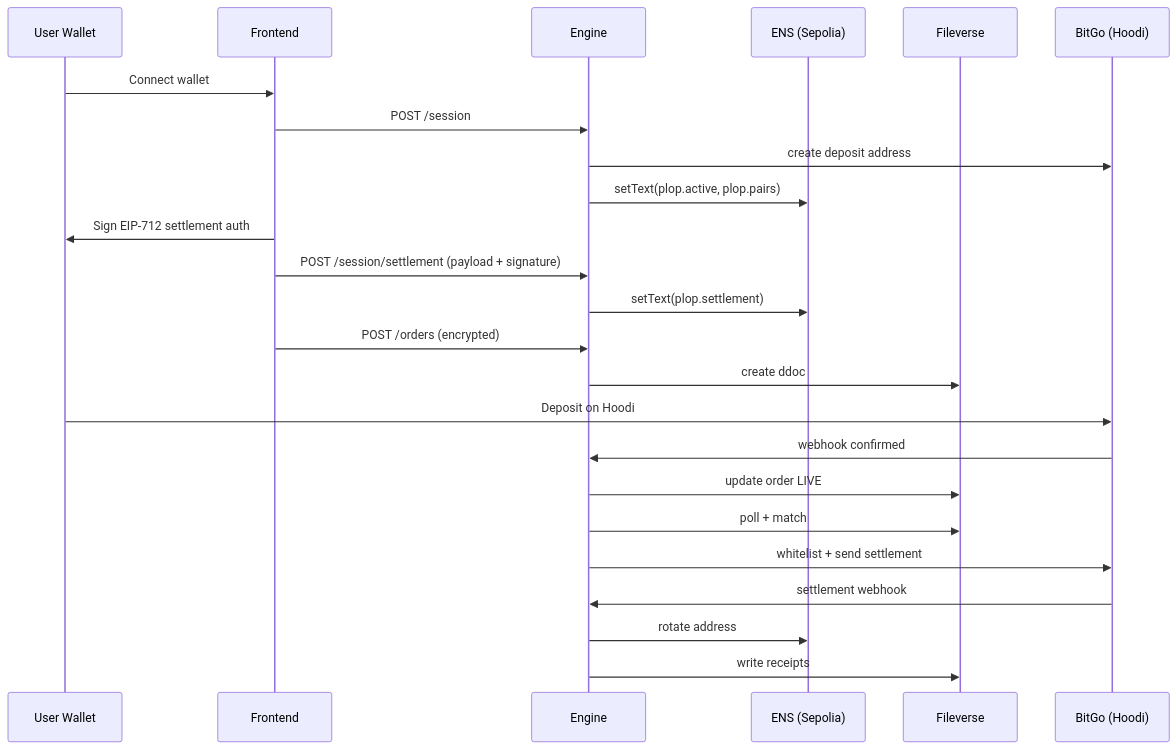
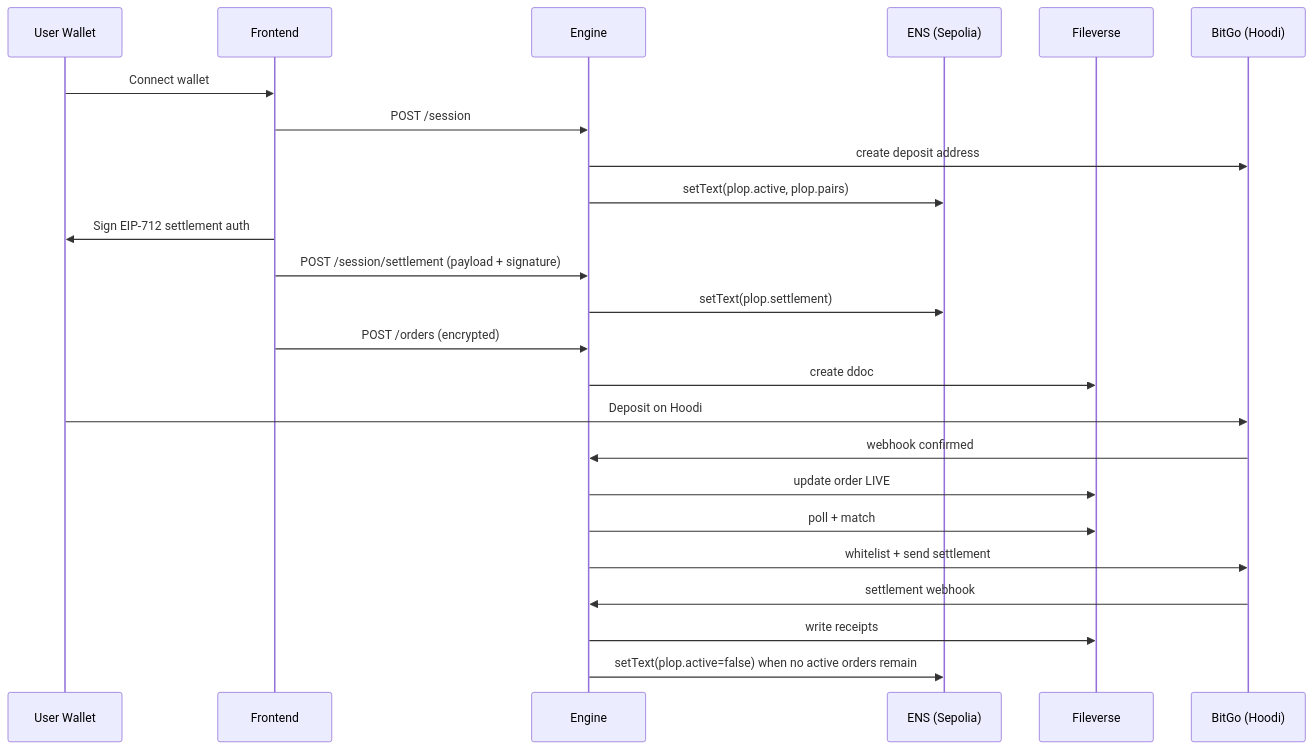
Before and after one commit to juSt-jeLLy/PLOP: the second of 2 diagrams in README.md, drawn with Mermaid. The commit also changed other lines of this file and 8 other files, not shown here.

Commit message:
Remove ENS address fallback and update session flow

````diff
--- a/README.md
+++ b/README.md
@@ -120,30 +122,30 @@
 ```mermaid
 sequenceDiagram
   participant U as User Wallet
   participant UI as Frontend
   participant ENG as Engine
   participant ENS as ENS (Sepolia)
   participant FV as Fileverse
   participant BG as BitGo (Hoodi)
 
   U->>UI: Connect wallet
   UI->>ENG: POST /session
   ENG->>BG: create deposit address
   ENG->>ENS: setText(plop.active, plop.pairs)
   UI->>U: Sign EIP-712 settlement auth
   UI->>ENG: POST /session/settlement (payload + signature)
   ENG->>ENS: setText(plop.settlement)
 
   UI->>ENG: POST /orders (encrypted)
   ENG->>FV: create ddoc
 
   U->>BG: Deposit on Hoodi
   BG->>ENG: webhook confirmed
   ENG->>FV: update order LIVE
 
   ENG->>FV: poll + match
   ENG->>BG: whitelist + send settlement
   BG->>ENG: settlement webhook
-  ENG->>ENS: rotate address
   ENG->>FV: write receipts
+  ENG->>ENS: setText(plop.active=false) when no active orders remain
 ```
````
